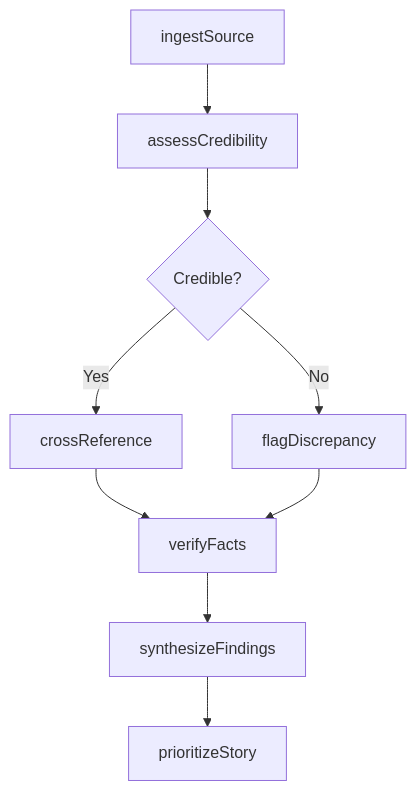
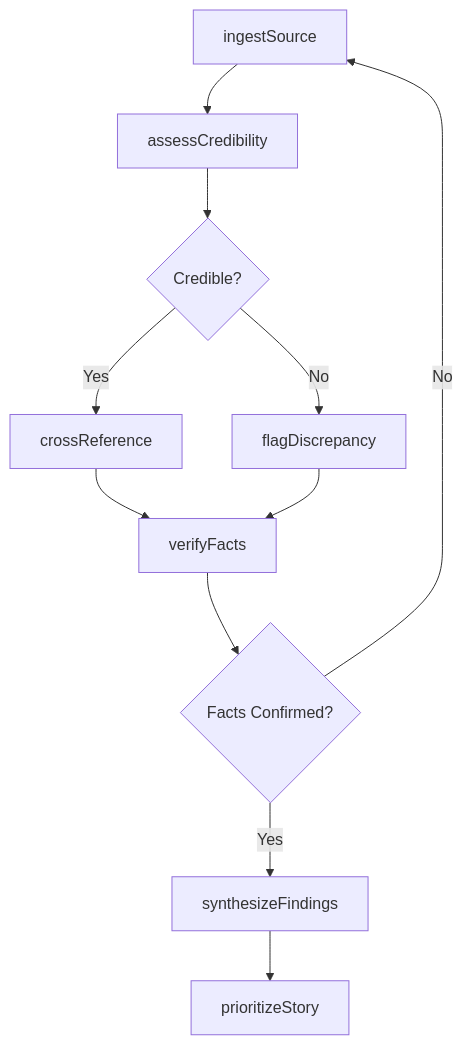
The third of 4 diagrams in ThinkingCreatively/DevelopNewsEntertainmentOrArtisticContent/AnalyzeInformationObtainedNewsSources.mdx (dot-org-ai/tasks.org.ai), drawn with Mermaid before and after one commit. The commit also changed other lines of this file and 504 other files, not shown here.

First line of the commit message:
feat: Add ER diagrams, state diagrams, and workflow improvements to 96 DWA task files

````diff
--- a/ThinkingCreatively/DevelopNewsEntertainmentOrArtisticContent/AnalyzeInformationObtainedNewsSources.mdx
+++ b/ThinkingCreatively/DevelopNewsEntertainmentOrArtisticContent/AnalyzeInformationObtainedNewsSources.mdx
@@ -84,11 +113,13 @@
 ```mermaid
 graph TD
     A[ingestSource] --> B[assessCredibility]
     B --> C{Credible?}
     C -->|Yes| D[crossReference]
     C -->|No| E[flagDiscrepancy]
     D --> F[verifyFacts]
-    F --> G[synthesizeFindings]
     E --> F
-    G --> H[prioritizeStory]
+    F --> G{Facts Confirmed?}
+    G -->|No| A
+    G -->|Yes| H[synthesizeFindings]
+    H --> I[prioritizeStory]
 ```
````
